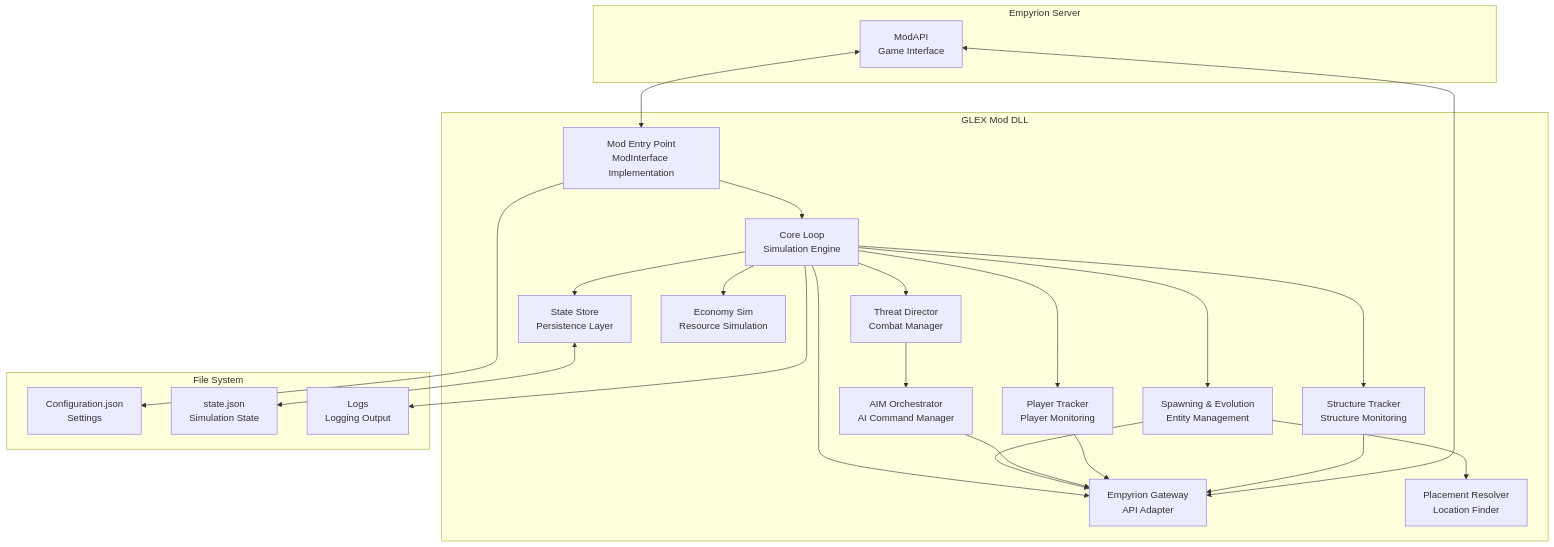
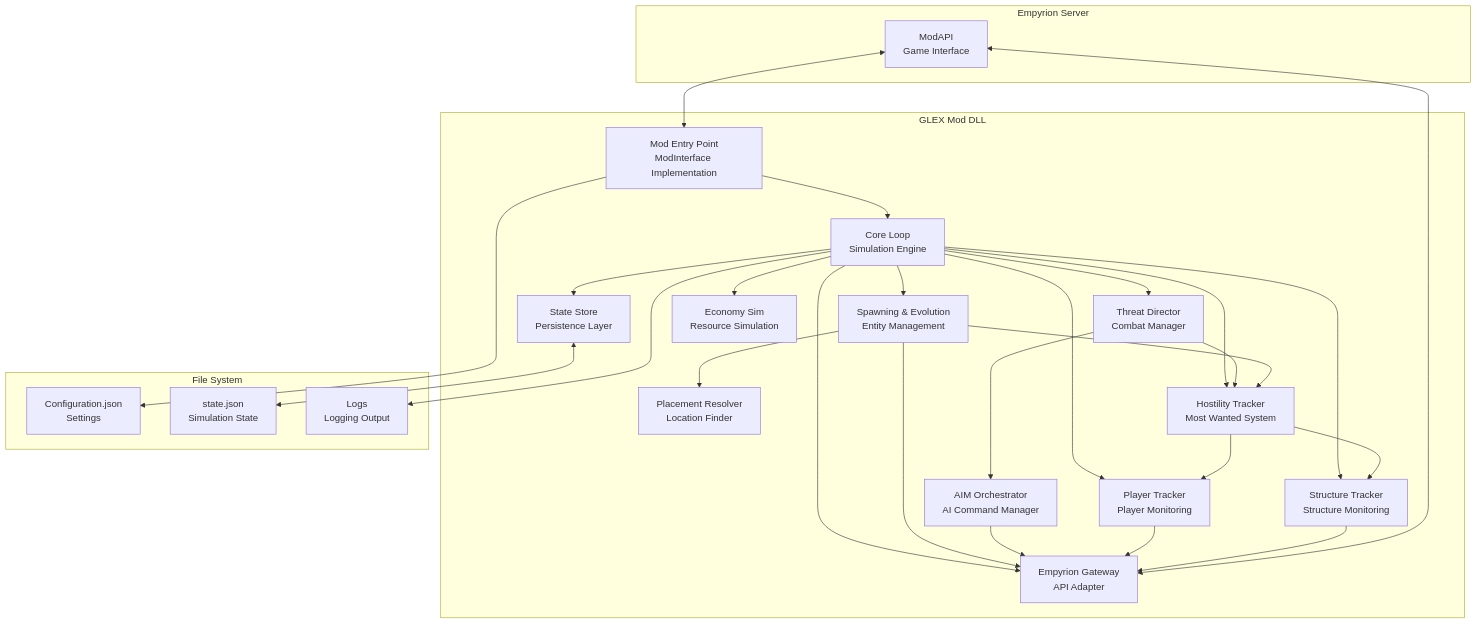
Before and after one commit to Gexon/GalacticExpansion: the second of 11 diagrams in docs/architecture/02_Архитектурный_план.md, drawn with Mermaid. The commit also changed other lines of this file and 7 other files, not shown here.

````diff
--- a/docs/architecture/02_Архитектурный_план.md
+++ b/docs/architecture/02_Архитектурный_план.md
@@ -87,56 +87,63 @@
 ```mermaid
 graph TB
     subgraph EmpyrionServer [Empyrion Server]
         ModAPI[ModAPI<br/>Game Interface]
     end
     
     subgraph GLEXMod [GLEX Mod DLL]
         ModEntry[Mod Entry Point<br/>ModInterface Implementation]
         
         CoreLoop[Core Loop<br/>Simulation Engine]
         Gateway[Empyrion Gateway<br/>API Adapter]
         StateStore[State Store<br/>Persistence Layer]
         
         SpawnEvo[Spawning & Evolution<br/>Entity Management]
         AIMOrch[AIM Orchestrator<br/>AI Command Manager]
         Placement[Placement Resolver<br/>Location Finder]
         
         PlayerTracker[Player Tracker<br/>Player Monitoring]
         StructTracker[Structure Tracker<br/>Structure Monitoring]
         ThreatDir[Threat Director<br/>Combat Manager]
         EcoSim[Economy Sim<br/>Resource Simulation]
+        HostilityTracker[Hostility Tracker<br/>Most Wanted System]
     end
     
     subgraph FileSystem [File System]
         Config[Configuration.json<br/>Settings]
         State[state.json<br/>Simulation State]
         Logs[Logs<br/>Logging Output]
     end
     
     ModAPI <--> ModEntry
     ModEntry --> CoreLoop
     
     CoreLoop --> Gateway
     CoreLoop --> StateStore
     CoreLoop --> SpawnEvo
     CoreLoop --> ThreatDir
     CoreLoop --> EcoSim
     
     Gateway <--> ModAPI
     
     SpawnEvo --> Gateway
     SpawnEvo --> Placement
     
     AIMOrch --> Gateway
     ThreatDir --> AIMOrch
     
     PlayerTracker --> Gateway
     StructTracker --> Gateway
     
     CoreLoop --> PlayerTracker
     CoreLoop --> StructTracker
+    CoreLoop --> HostilityTracker
+    
+    HostilityTracker --> PlayerTracker
+    HostilityTracker --> StructTracker
+    ThreatDir --> HostilityTracker
+    SpawnEvo --> HostilityTracker
     
     StateStore <--> State
     ModEntry --> Config
     CoreLoop --> Logs
 ```
````
